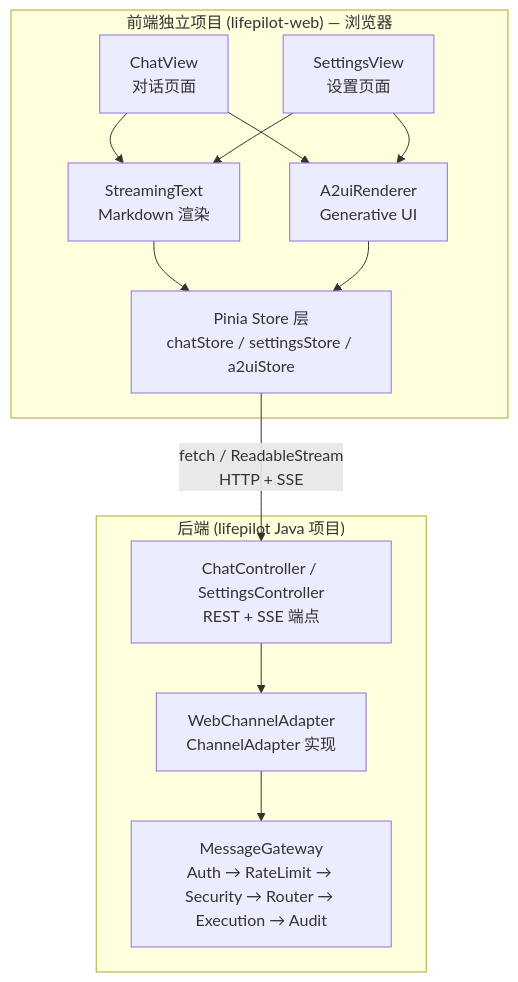
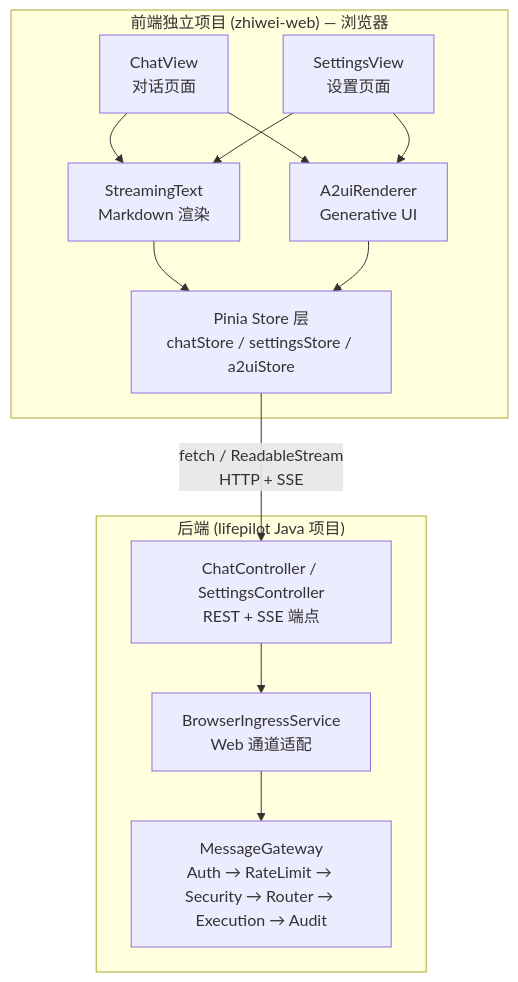
One commit to ntygod/LifePilot changed the diagram in docs/architecture/web-ui.md. Above: the diagram before and after it, drawn with Mermaid. The commit also changed other lines of this file and 46 other files, not shown here.

````diff
--- a/docs/architecture/web-ui.md
+++ b/docs/architecture/web-ui.md
@@ -50,20 +50,20 @@
 ```mermaid
 graph TB
-    subgraph Frontend["前端独立项目 (lifepilot-web) — 浏览器"]
+    subgraph Frontend["前端独立项目 (zhiwei-web) — 浏览器"]
         CV["ChatView<br/>对话页面"]
         SV["SettingsView<br/>设置页面"]
         ST["StreamingText<br/>Markdown 渲染"]
         AR["A2uiRenderer<br/>Generative UI"]
         PS["Pinia Store 层<br/>chatStore / settingsStore / a2uiStore"]
         CV & SV --> ST & AR --> PS
     end
 
     PS -- "fetch / ReadableStream<br/>HTTP + SSE" --> CC
 
     subgraph Backend["后端 (lifepilot Java 项目)"]
         CC["ChatController / SettingsController<br/>REST + SSE 端点"]
-        WA["WebChannelAdapter<br/>ChannelAdapter 实现"]
+        WA["BrowserIngressService<br/>Web 通道适配"]
         MG["MessageGateway<br/>Auth → RateLimit → Security → Router → Execution → Audit"]
         CC --> WA --> MG
     end
 ```
````
